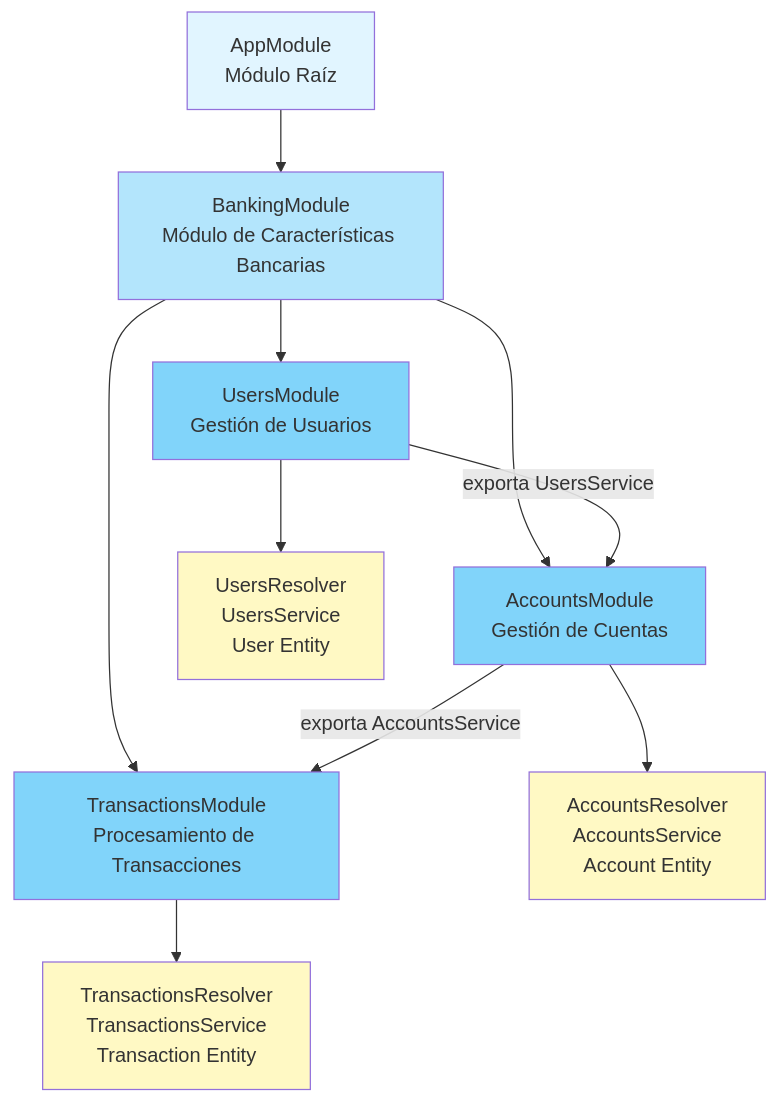
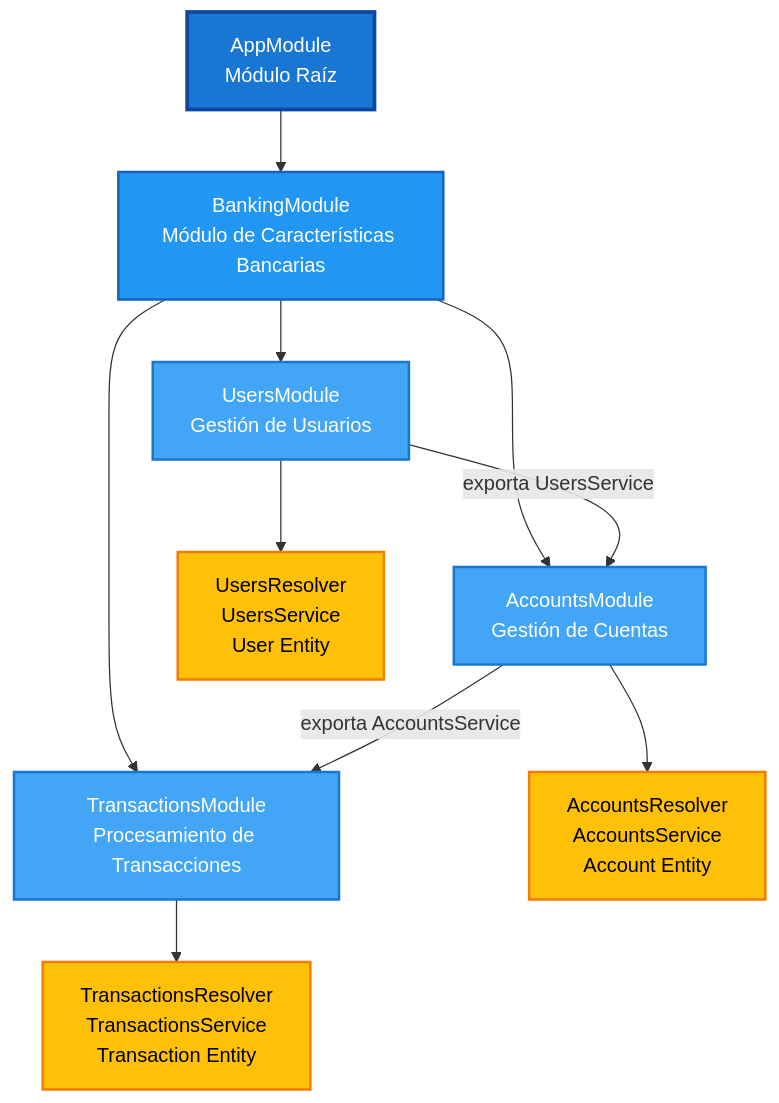
The second of 2 diagrams in README.es.md (luisguisadocloud/nestjs-graphql-bank-application), drawn with Mermaid before and after one commit. The commit also changed 1 other file, not shown here.

Commit message:
docs: update styling in architecture diagram for improved visual clarity

````diff
--- a/README.es.md
+++ b/README.es.md
@@ -56,23 +56,23 @@
 ```mermaid
 graph TD
     A[AppModule<br/>Módulo Raíz] --> B[BankingModule<br/>Módulo de Características Bancarias]
     B --> C[UsersModule<br/>Gestión de Usuarios]
     B --> D[AccountsModule<br/>Gestión de Cuentas]
     B --> E[TransactionsModule<br/>Procesamiento de Transacciones]
     
     C -->|exporta UsersService| D
     D -->|exporta AccountsService| E
     
     C --> F[UsersResolver<br/>UsersService<br/>User Entity]
     D --> G[AccountsResolver<br/>AccountsService<br/>Account Entity]
     E --> H[TransactionsResolver<br/>TransactionsService<br/>Transaction Entity]
     
-    style A fill:#e1f5ff
-    style B fill:#b3e5fc
-    style C fill:#81d4fa
-    style D fill:#81d4fa
-    style E fill:#81d4fa
-    style F fill:#fff9c4
-    style G fill:#fff9c4
-    style H fill:#fff9c4
+    style A fill:#1976d2,stroke:#0d47a1,stroke-width:3px,color:#fff
+    style B fill:#2196f3,stroke:#1565c0,stroke-width:2px,color:#fff
+    style C fill:#42a5f5,stroke:#1976d2,stroke-width:2px,color:#fff
+    style D fill:#42a5f5,stroke:#1976d2,stroke-width:2px,color:#fff
+    style E fill:#42a5f5,stroke:#1976d2,stroke-width:2px,color:#fff
+    style F fill:#ffc107,stroke:#f57c00,stroke-width:2px,color:#000
+    style G fill:#ffc107,stroke:#f57c00,stroke-width:2px,color:#000
+    style H fill:#ffc107,stroke:#f57c00,stroke-width:2px,color:#000
 ```
````
